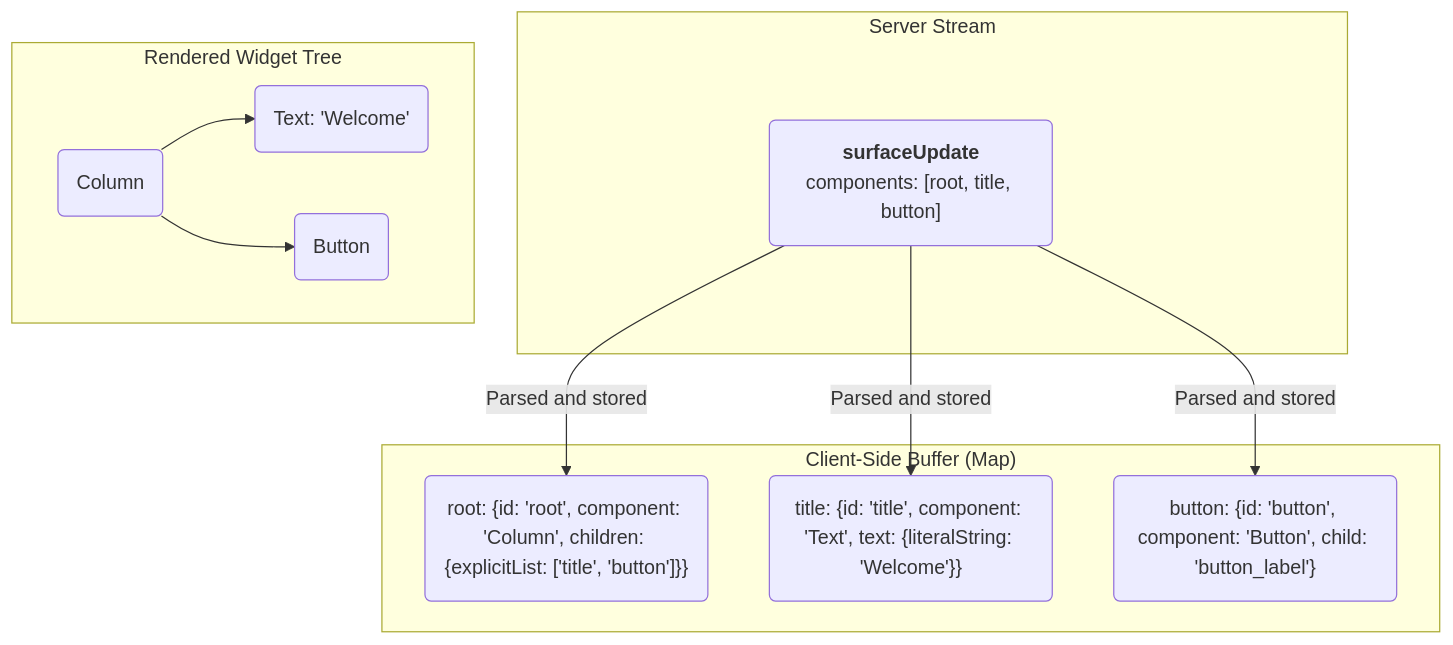
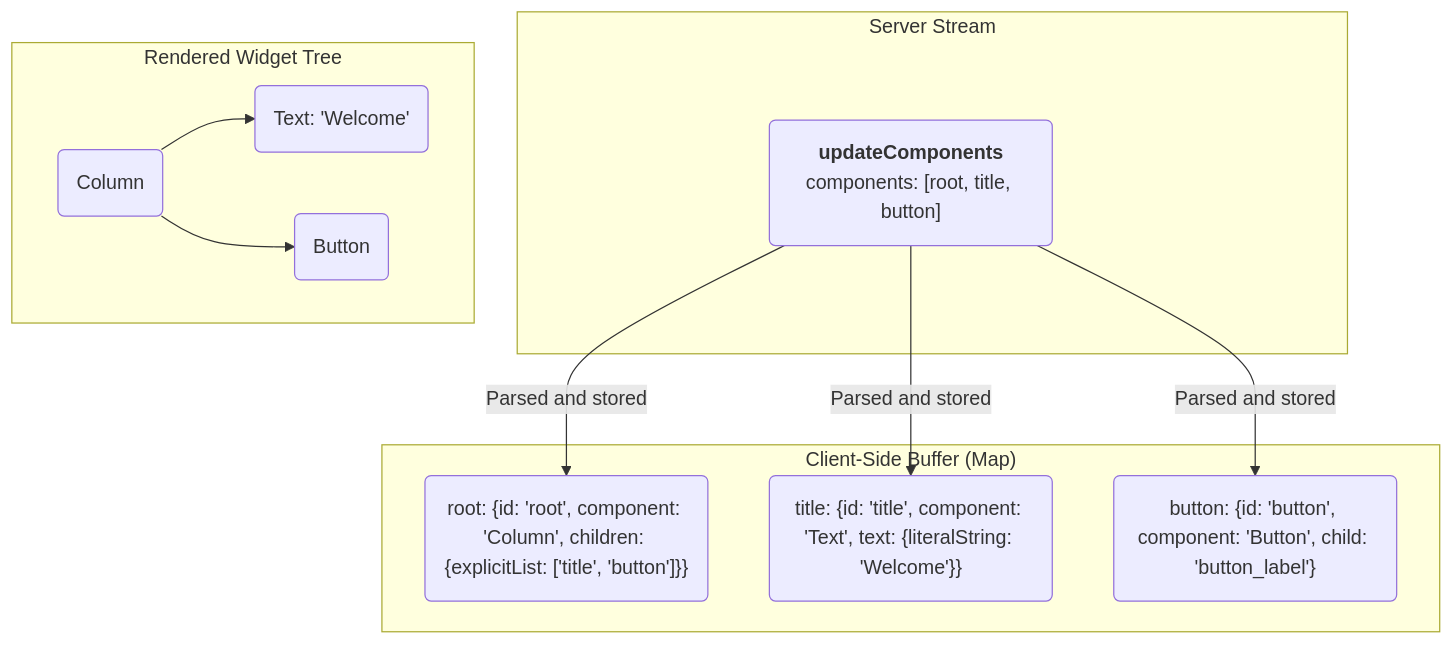
Before and after one commit to anup42/A2UI: the second of 2 diagrams in specification/0.9/docs/a2ui_protocol.md, drawn with Mermaid. The commit also changed other lines of this file and 7 other files, not shown here.

````diff
--- a/specification/0.9/docs/a2ui_protocol.md
+++ b/specification/0.9/docs/a2ui_protocol.md
@@ -255,22 +255,22 @@
 ```mermaid
 flowchart TD
     subgraph "Server Stream"
-        A("<b>surfaceUpdate</b><br>components: [root, title, button]")
+        A("<b>updateComponents</b><br>components: [root, title, button]")
     end
 
     subgraph "Client-Side Buffer (Map)"
         C("root: {id: 'root', component: 'Column', children: {explicitList: ['title', 'button']}}")
         D("title: {id: 'title', component: 'Text', text: {literalString: 'Welcome'}}")
         E("button: {id: 'button', component: 'Button', child: 'button_label'}")
     end
 
     subgraph "Rendered Widget Tree"
         F(Column) --> G(Text: 'Welcome')
         F --> H(Button)
     end
 
     A -- "Parsed and stored" --> C
     A -- "Parsed and stored" --> D
     A -- "Parsed and stored" --> E
 
 ```
````
